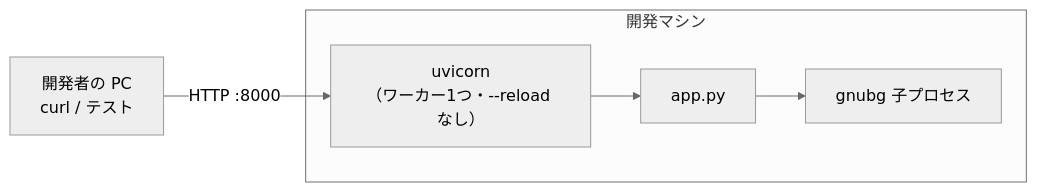
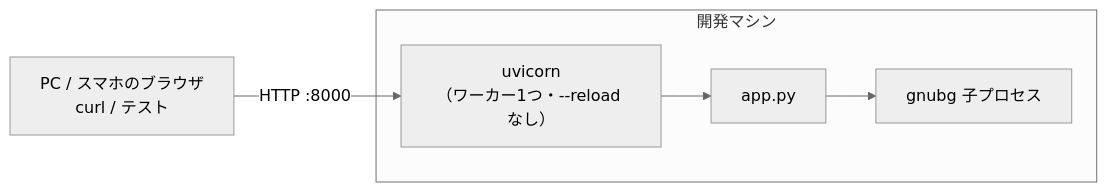
One commit to ytani01/bganalyzer changed the fourth of 5 diagrams in README.md. Above: the diagram before and after it, drawn with Mermaid (neutral theme). The commit also changed other lines of this file and 15 other files, not shown here.

````diff
--- a/README.md
+++ b/README.md
@@ -116,8 +123,8 @@
 ```mermaid
 flowchart LR
-    dev["開発者の PC<br/>curl / テスト"] -- "HTTP :8000" --> uv["uvicorn<br/>（ワーカー1つ・--reload なし）"]
+    dev["PC / スマホのブラウザ<br/>curl / テスト"] -- "HTTP :8000" --> uv["uvicorn<br/>（ワーカー1つ・--reload なし）"]
     subgraph host["開発マシン"]
         uv --> app["app.py"]
         app --> child["gnubg 子プロセス"]
     end
 ```
````
